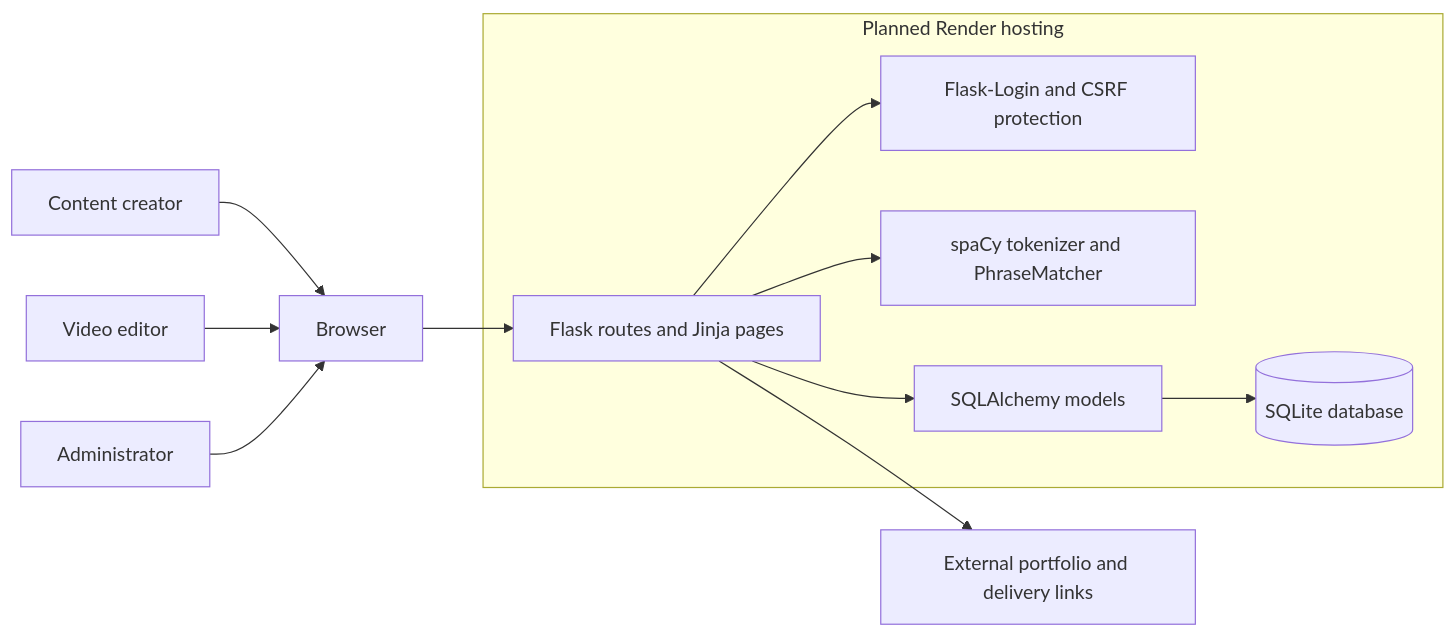
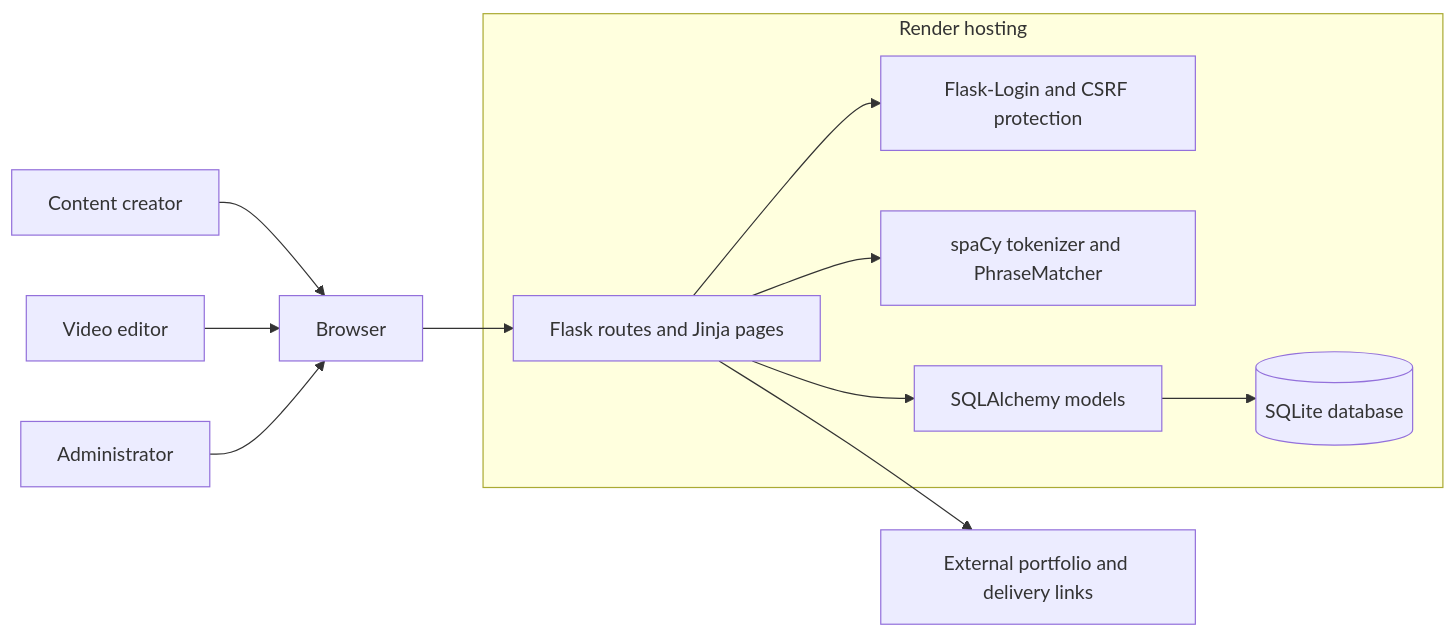
One commit to RyanMugele/KugzyJobs-Hiring-Project changed the first of 5 diagrams in README.md. Above: the diagram before and after it, drawn with Mermaid. The commit also changed other lines of this file and 3 other files, not shown here.

````diff
--- a/README.md
+++ b/README.md
@@ -48,19 +48,19 @@
 ```mermaid
 flowchart LR
     C[Content creator] --> B[Browser]
     E[Video editor] --> B
     A[Administrator] --> B
     B --> F[Flask routes and Jinja pages]
     F --> AUTH[Flask-Login and CSRF protection]
     F --> NLP[spaCy tokenizer and PhraseMatcher]
     F --> ORM[SQLAlchemy models]
     ORM --> DB[(SQLite database)]
     F --> URL[External portfolio and delivery links]
-    subgraph Planned Render hosting
+    subgraph Render hosting
       F
       AUTH
       NLP
       ORM
       DB
     end
 ```
````
